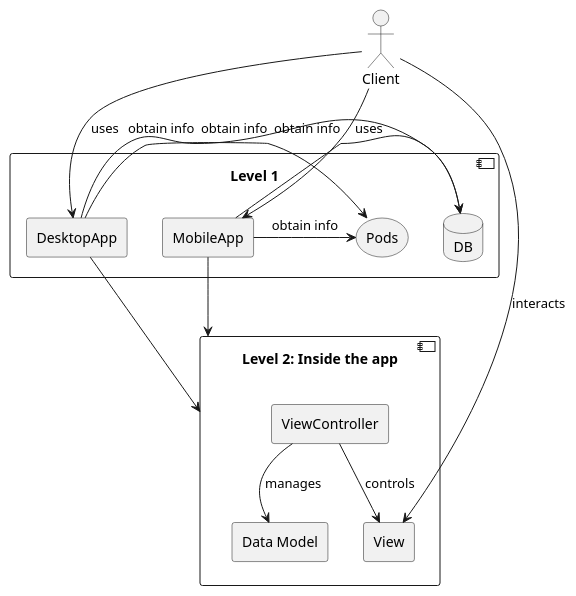
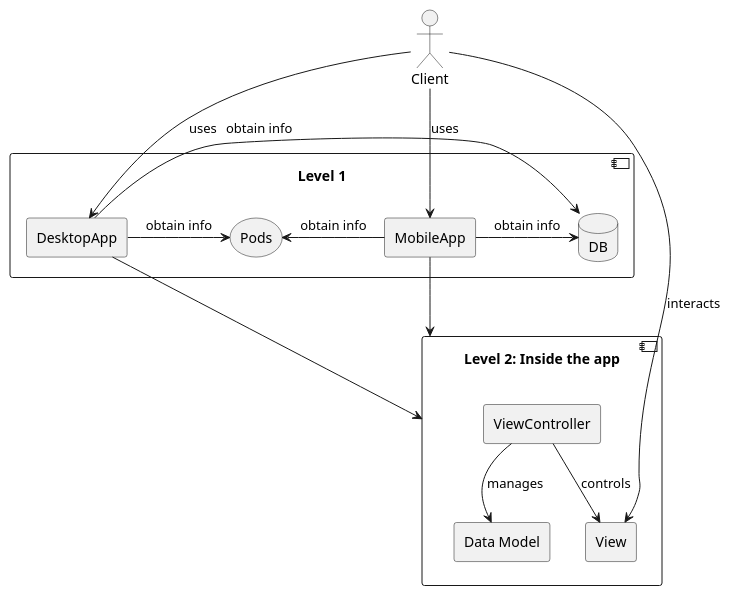
Before and after one commit to Arquisoft/radarin_en3b: the diagram in webapp/docs/05_building_block_view.adoc, drawn with PlantUML.

Commit message:
Fixing documentation point 5

```diff
--- a/webapp/docs/05_building_block_view.adoc
+++ b/webapp/docs/05_building_block_view.adoc
@@ -8,27 +8,27 @@
 [plantuml,"Overall System",png]
 ----
 actor Client
 Component "Level 1" {
-database DB
 rectangle MobileApp
 rectangle DesktopApp
 storage Pods
+database DB
 }
 Client --> MobileApp : uses
 Client --> DesktopApp : uses
-DesktopApp -> DB : obtain info
+DB <- DesktopApp : obtain info
 DesktopApp -> Pods : obtain info
 MobileApp -> DB : obtain info
 MobileApp -> Pods : obtain info
 
 component "Level 2: Inside the app" as l2 {
 rectangle "Data Model" as dm
 rectangle View
 rectangle ViewController
 }
 DesktopApp --> l2
 MobileApp --> l2
 ViewController --> View : controls
 ViewController --> dm : manages
 Client --> View : interacts
 ----
```
